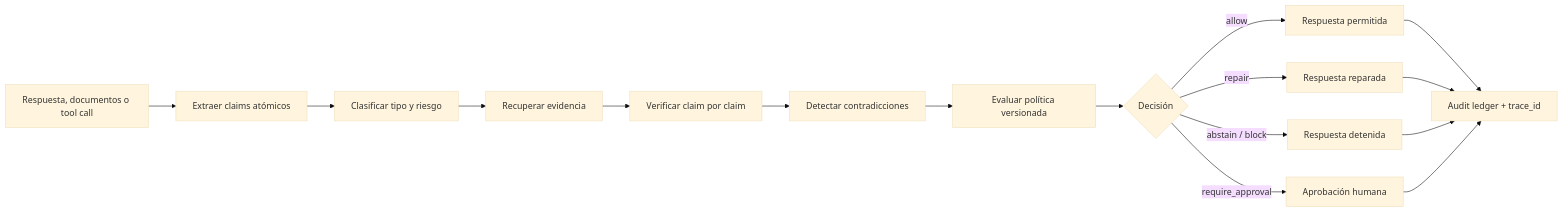
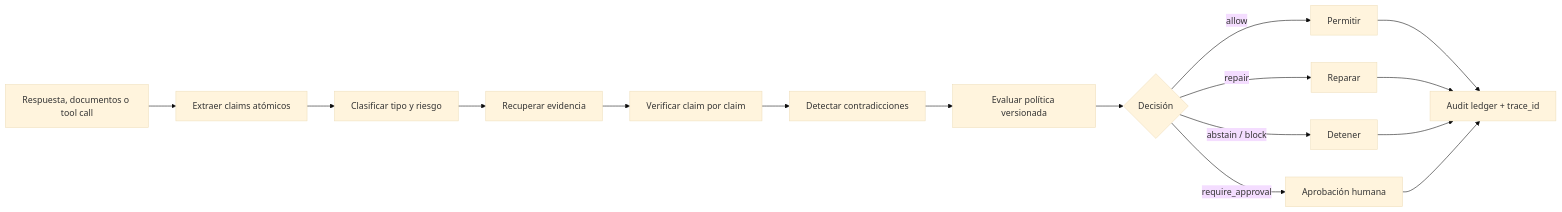
The first of 2 diagrams in README.md (Chocarlos/hallu-defense-platform), drawn with Mermaid (base theme) before and after one commit. The commit also changed other lines of this file, not shown here.

````diff
--- a/README.md
+++ b/README.md
@@ -47,18 +53,15 @@
 ```mermaid
 flowchart LR
     A[Respuesta, documentos o tool call] --> B[Extraer claims atómicos]
     B --> C[Clasificar tipo y riesgo]
     C --> D[Recuperar evidencia]
     D --> E[Verificar claim por claim]
     E --> F[Detectar contradicciones]
     F --> G[Evaluar política versionada]
     G --> H{Decisión}
-    H -->|allow| I[Respuesta permitida]
-    H -->|repair| J[Respuesta reparada]
-    H -->|abstain / block| K[Respuesta detenida]
+    H -->|allow| I[Permitir]
+    H -->|repair| J[Reparar]
+    H -->|abstain / block| K[Detener]
     H -->|require_approval| L[Aprobación humana]
-    I --> M[Audit ledger + trace_id]
-    J --> M
-    K --> M
-    L --> M
+    I & J & K & L --> M[Audit ledger + trace_id]
 ```
````
